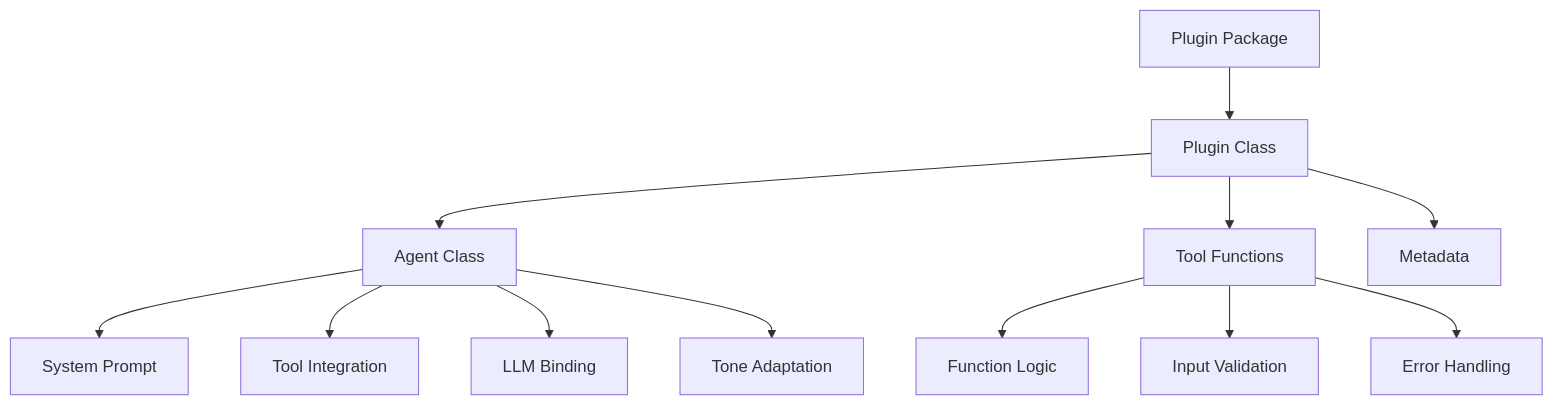
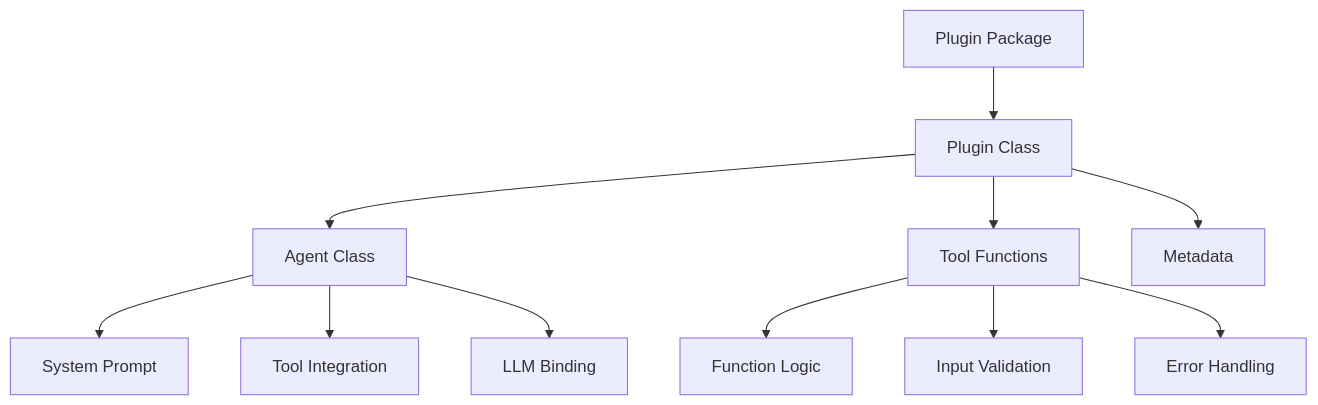
The first of 2 diagrams in docs/plugins/overview.md (jonaskahn/cadence), drawn with Mermaid before and after one commit. The commit also changed other lines of this file and 23 other files, not shown here.

````diff
--- a/docs/plugins/overview.md
+++ b/docs/plugins/overview.md
@@ -17,16 +17,16 @@
 ```mermaid
 graph TB
     A[Plugin Package] --> B[Plugin Class]
     B --> C[Agent Class]
     B --> D[Tool Functions]
     B --> E[Metadata]
 
     C --> F[System Prompt]
     C --> G[Tool Integration]
     C --> H[LLM Binding]
-    C --> T[Tone Adaptation]
+
 
     D --> I[Function Logic]
     D --> J[Input Validation]
     D --> K[Error Handling]
 ```
````
